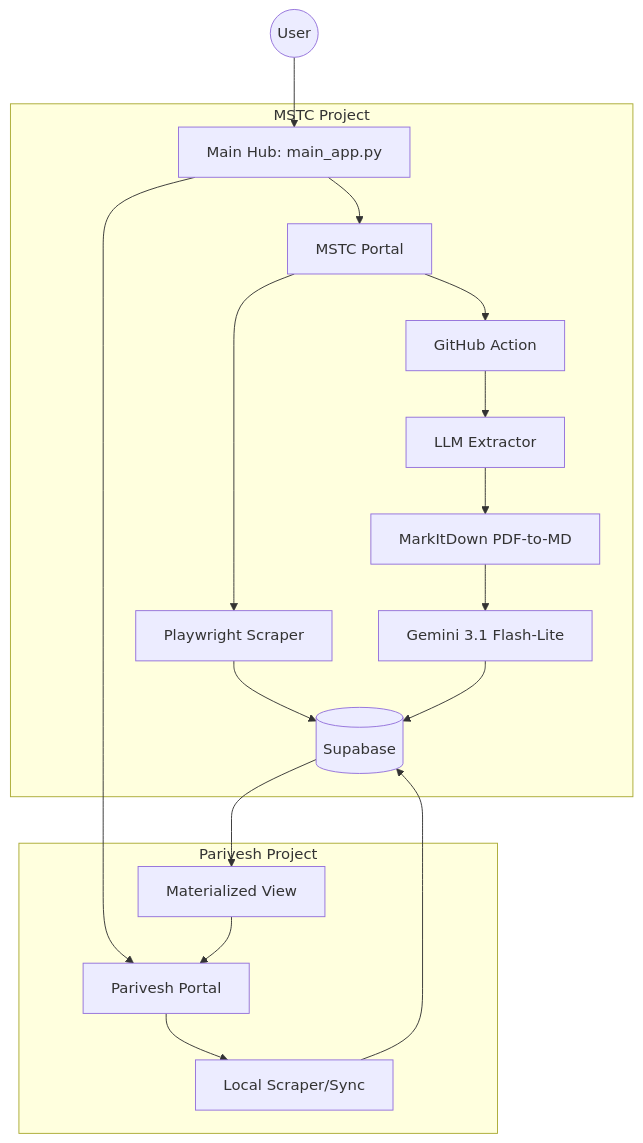
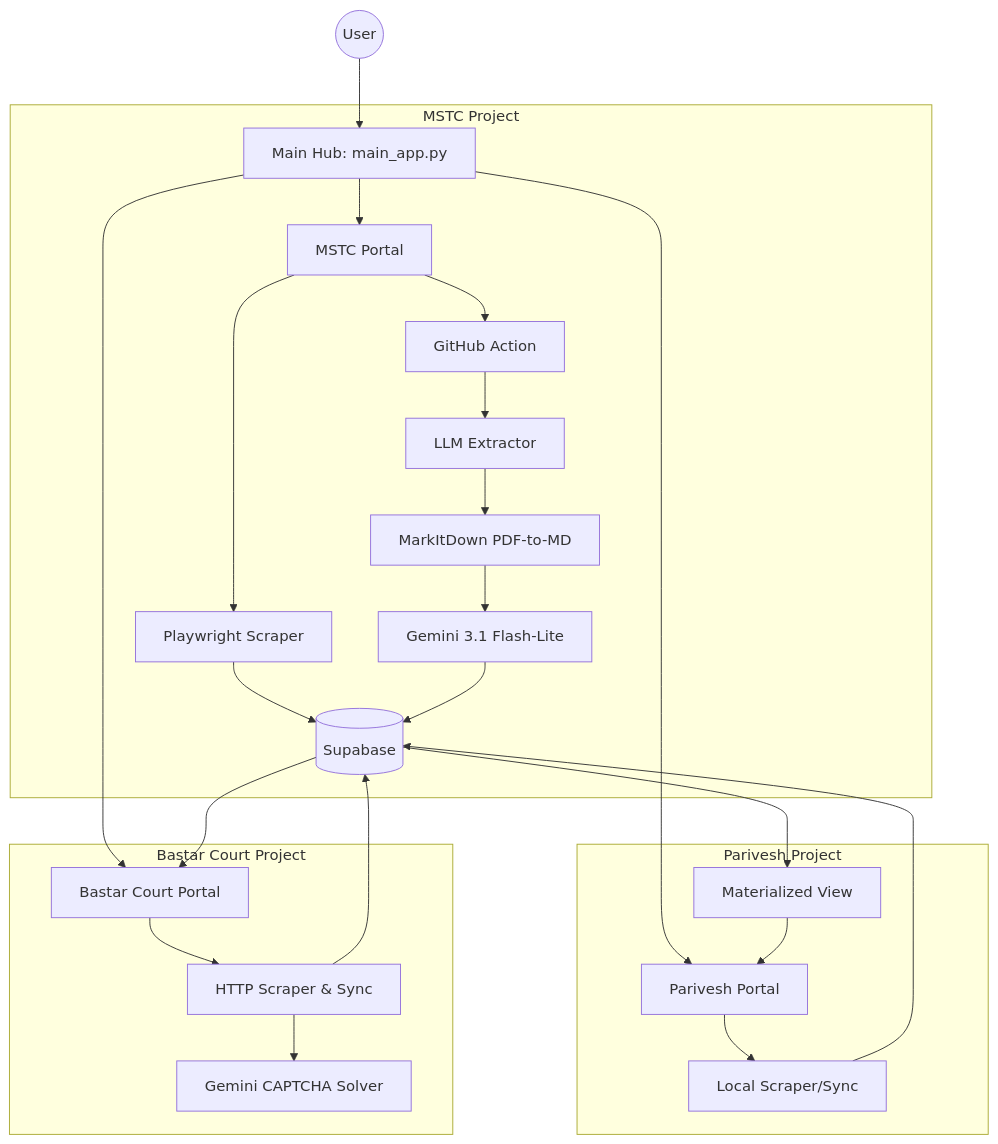
The diagram in projectflow.md (learningmaps/web_automation_ms), drawn with Mermaid before and after one commit. The commit also changed other lines of this file and 8 other files, not shown here.

Commit message:
feat(bdc): implement Bastar Court Case scraper, pipeline workflow, and dashboard integration

````diff
--- a/projectflow.md
+++ b/projectflow.md
@@ -9,23 +9,31 @@
 ```mermaid
 graph TD
     User((User)) --> Hub[Main Hub: main_app.py]
     
     subgraph MSTC Project
         Hub --> MSTC_UI[MSTC Portal]
         MSTC_UI --> Scraper[Playwright Scraper]
         Scraper --> DB[(Supabase)]
         MSTC_UI --> GH_Action[GitHub Action]
         GH_Action --> Extractor[LLM Extractor]
         Extractor --> MarkItDown[MarkItDown PDF-to-MD]
         MarkItDown --> Gemini[Gemini 3.1 Flash-Lite]
         Gemini --> DB
     end
     
     subgraph Parivesh Project
         Hub --> Parivesh_UI[Parivesh Portal]
         Parivesh_UI --> Parivesh_Sync[Local Scraper/Sync]
         Parivesh_Sync --> DB
         DB --> MatView[Materialized View]
         MatView --> Parivesh_UI
     end
+
+    subgraph Bastar Court Project
+        Hub --> BDC_UI[Bastar Court Portal]
+        BDC_UI --> BDC_Sync[HTTP Scraper & Sync]
+        BDC_Sync --> Gemini_Captcha[Gemini CAPTCHA Solver]
+        BDC_Sync --> DB
+        DB --> BDC_UI
+    end
 ```
````
